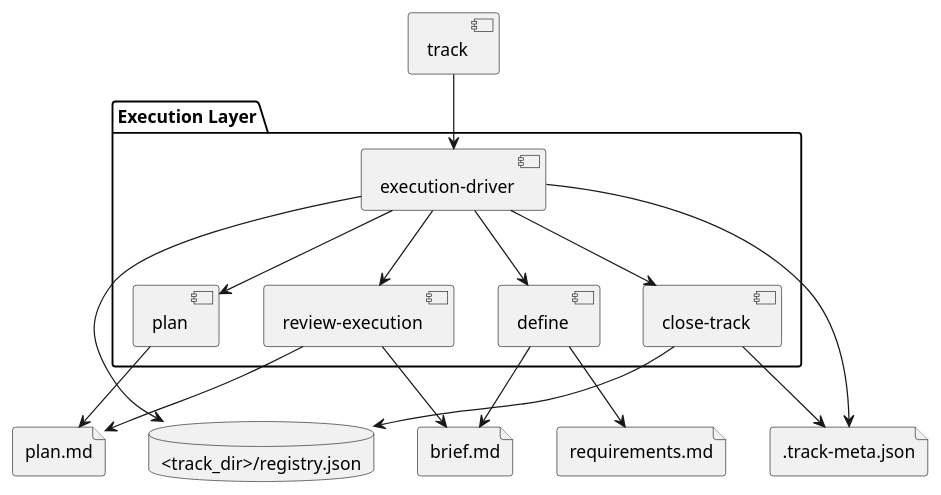
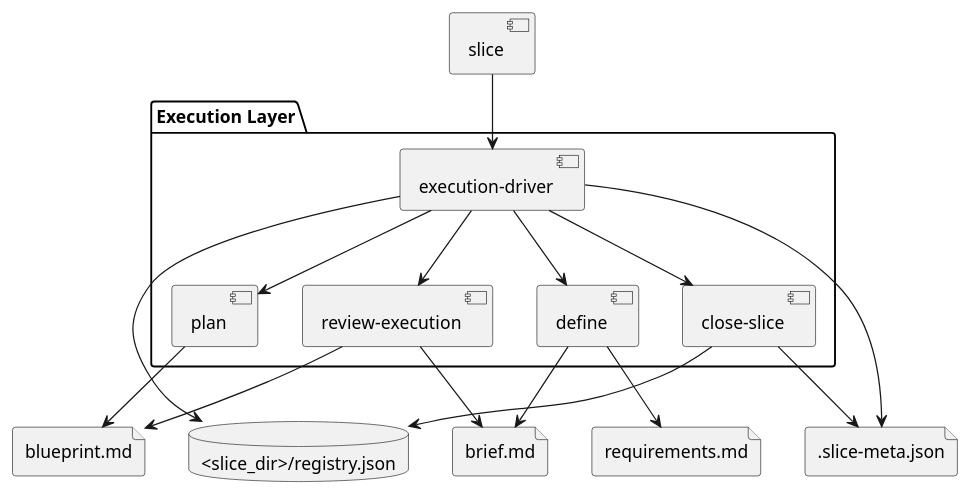
The diagram in docs/features/execution-workflow/system-design.md (sirius-cc-wu/sirius-skills), drawn with PlantUML before and after one commit. The commit also changed other lines of this file and 65 other files, not shown here.

````diff
--- a/docs/features/execution-workflow/system-design.md
+++ b/docs/features/execution-workflow/system-design.md
@@ -39,32 +39,32 @@
 ```plantuml
 @startuml
 package "Execution Layer" {
   [execution-driver]
   [define]
   [plan]
   [review-execution]
-  [close-track]
+  [close-slice]
 }
 
-database "<track_dir>/registry.json" as Registry
-file ".track-meta.json" as Meta
+database "<slice_dir>/registry.json" as Registry
+file ".slice-meta.json" as Meta
 file "brief.md" as Brief
-file "plan.md" as PlanDoc
+file "blueprint.md" as PlanDoc
 file "requirements.md" as Requirements
 
-[track] --> [execution-driver]
+[slice] --> [execution-driver]
 [execution-driver] --> Registry
 [execution-driver] --> Meta
 [execution-driver] --> [define]
 [execution-driver] --> [plan]
 [execution-driver] --> [review-execution]
-[execution-driver] --> [close-track]
+[execution-driver] --> [close-slice]
 [define] --> Brief
 [define] --> Requirements
 [plan] --> PlanDoc
 [review-execution] --> Brief
 [review-execution] --> PlanDoc
-[close-track] --> Meta
-[close-track] --> Registry
+[close-slice] --> Meta
+[close-slice] --> Registry
 @enduml
 ```
````
